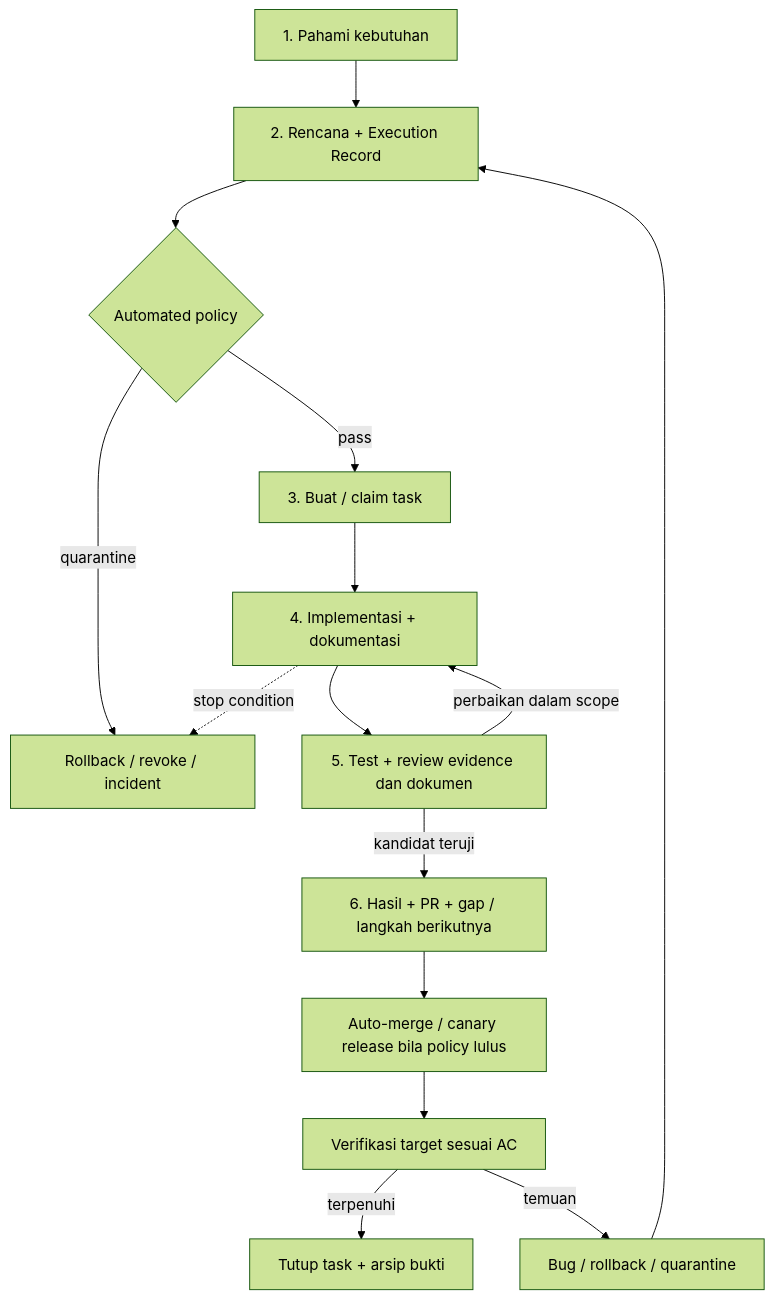
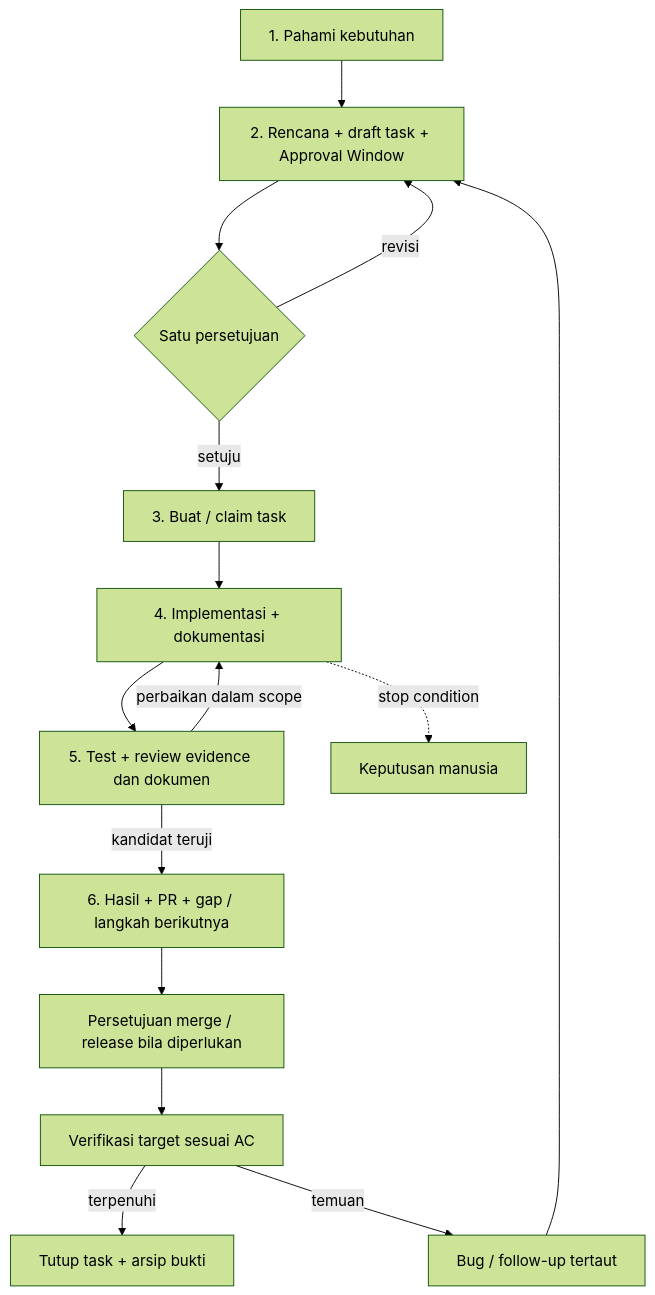
One commit to oneilreyand/qlickhub changed the second of 5 diagrams in docs/4_AGENT_DEV_GUIDELINES.md. Above: the diagram before and after it, drawn with Mermaid (forest theme). The commit also changed other lines of this file and 10 other files, not shown here.

````diff
--- a/docs/4_AGENT_DEV_GUIDELINES.md
+++ b/docs/4_AGENT_DEV_GUIDELINES.md
@@ -99,17 +100,17 @@
 ```mermaid
 flowchart TD
-    Understand["1. Pahami kebutuhan"] --> Plan["2. Rencana + Execution Record"]
-    Plan --> Policy{"Automated policy"}
-    Policy -->|quarantine| Recover["Rollback / revoke / incident"]
-    Policy -->|pass| Task["3. Buat / claim task"]
+    Understand["1. Pahami kebutuhan"] --> Plan["2. Rencana + draft task + Approval Window"]
+    Plan --> Approval{"Satu persetujuan"}
+    Approval -->|revisi| Plan
+    Approval -->|setuju| Task["3. Buat / claim task"]
     Task --> Execute["4. Implementasi + dokumentasi"]
     Execute --> Verify["5. Test + review evidence dan dokumen"]
     Verify -->|perbaikan dalam scope| Execute
     Verify -->|kandidat teruji| Result["6. Hasil + PR + gap / langkah berikutnya"]
-    Execute -.->|stop condition| Recover
-    Result --> Release["Auto-merge / canary release bila policy lulus"]
+    Execute -.->|stop condition| Decision["Keputusan manusia"]
+    Result --> Release["Persetujuan merge / release bila diperlukan"]
     Release --> Target["Verifikasi target sesuai AC"]
     Target -->|terpenuhi| Close["Tutup task + arsip bukti"]
-    Target -->|temuan| Followup["Bug / rollback / quarantine"]
+    Target -->|temuan| Followup["Bug / follow-up tertaut"]
     Followup --> Plan
 ```
````
